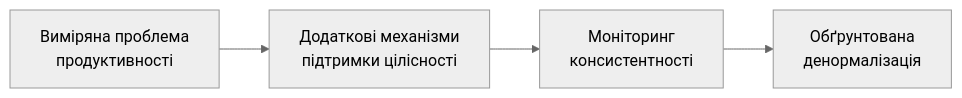
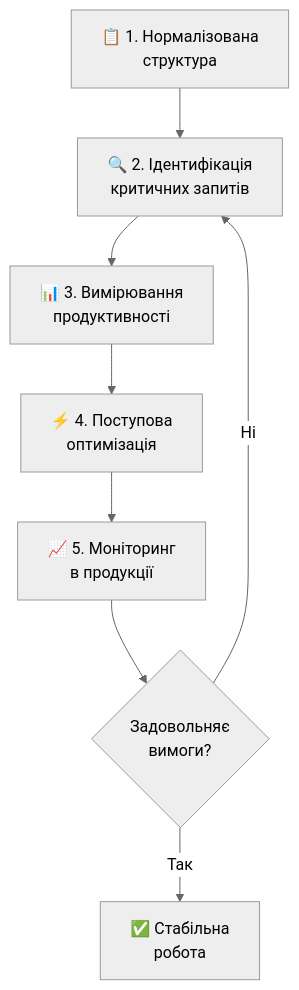
Before and after one commit to olroi421/course-bd: the ninth of 10 diagrams in presentations/presentation-06.md, drawn with Mermaid (neutral theme). The commit also changed other lines of this file and 12 other files, not shown here.

````diff
--- a/presentations/presentation-06.md
+++ b/presentations/presentation-06.md
@@ -618,6 +555,10 @@
 ```mermaid
-graph LR
-    A[Виміряна проблема<br/>продуктивності] --> B[Додаткові механізми<br/>підтримки цілісності]
-    B --> C[Моніторинг<br/>консистентності]
-    C --> D[Обґрунтована<br/>денормалізація]
+graph TD
+    A[📋 1. Нормалізована<br/>структура] --> B[🔍 2. Ідентифікація<br/>критичних запитів]
+    B --> C[📊 3. Вимірювання<br/>продуктивності]
+    C --> D[⚡ 4. Поступова<br/>оптимізація]
+    D --> E[📈 5. Моніторинг<br/>в продукції]
+    E --> F{Задовольняє<br/>вимоги?}
+    F -->|Ні| B
+    F -->|Так| G[✅ Стабільна<br/>робота]
 ```
````
